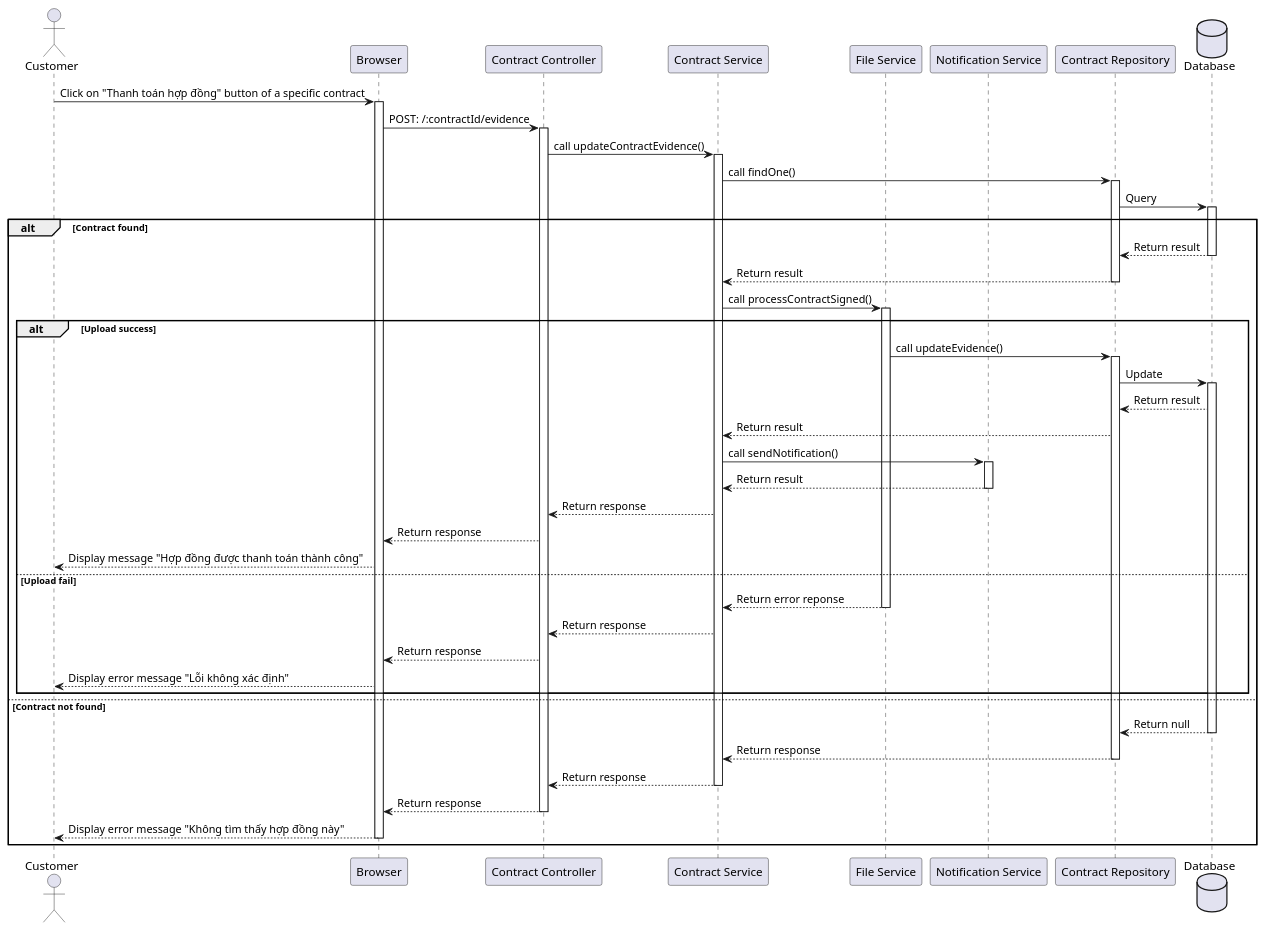
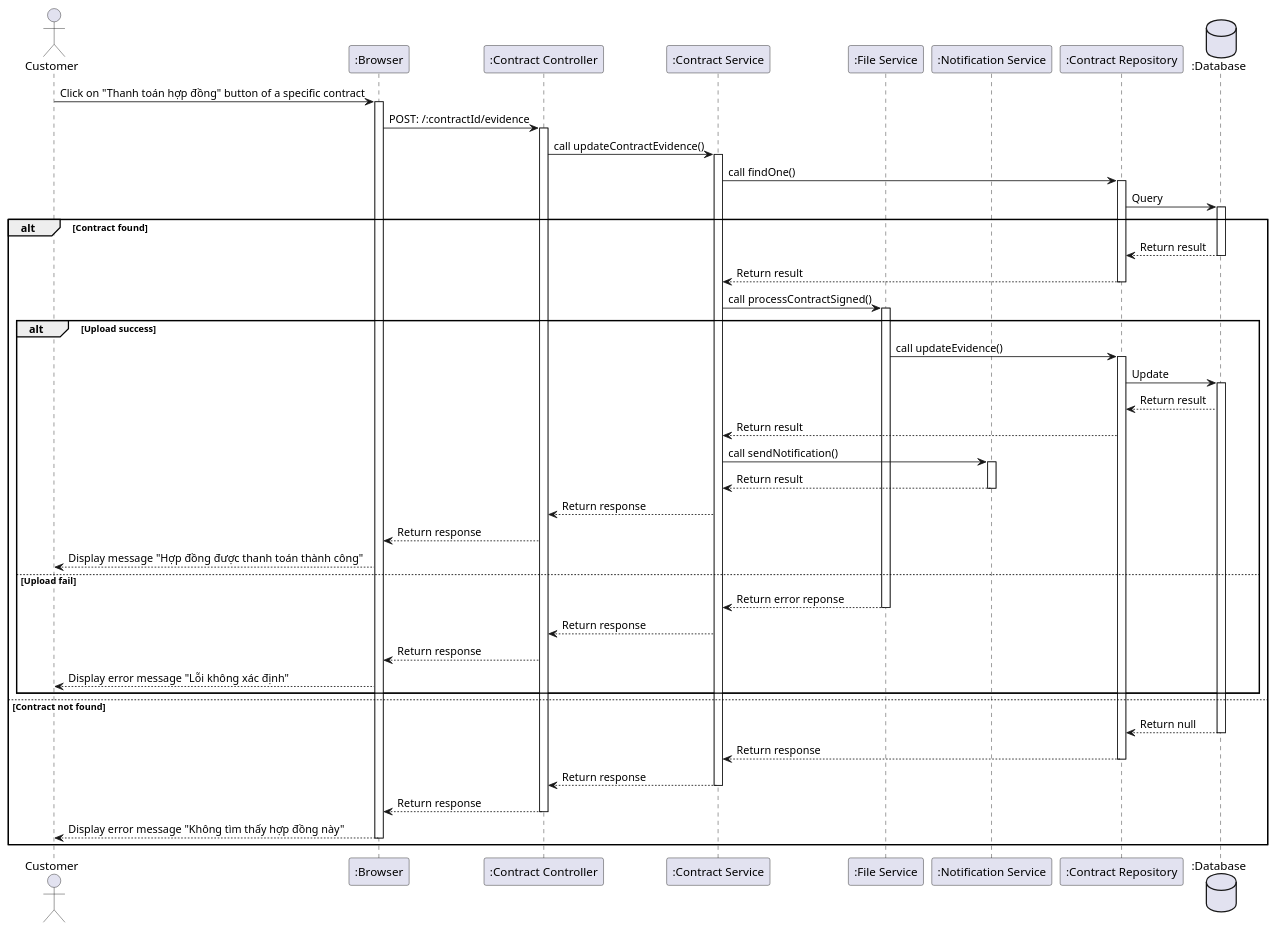
Before and after one commit to ngthanhtuung/ema-server: the diagram in docs/customer/updatePaymentEvidence.plantuml, drawn with PlantUML. The commit also changed 34 other files, not shown here.

```diff
--- a/docs/customer/updatePaymentEvidence.plantuml
+++ b/docs/customer/updatePaymentEvidence.plantuml
@@ -1,43 +1,43 @@
 @startuml
 actor Customer as A
-participant "Browser" as B
-participant "Contract Controller" as C
-participant "Contract Service" as D
-participant "File Service" as E
-participant "Notification Service" as F
-participant "Contract Repository" as G
-database "Database" as H
+participant ":Browser" as B
+participant ":Contract Controller" as C
+participant ":Contract Service" as D
+participant ":File Service" as E
+participant ":Notification Service" as F
+participant ":Contract Repository" as G
+database ":Database" as H
 
 A -> B++: Click on "Thanh toán hợp đồng" button of a specific contract
 B -> C++: POST: /:contractId/evidence
 C -> D++: call updateContractEvidence()
 D -> G++: call findOne()
 G -> H++: Query
 alt Contract found
     H --> G--: Return result
     G --> D--: Return result
     D -> E++: call processContractSigned()
     alt Upload success
         E -> G++: call updateEvidence()
         G -> H++: Update
         H --> G: Return result
         G --> D: Return result
         D -> F++: call sendNotification()
         F --> D--: Return result
         D --> C: Return response
         C --> B: Return response
         B --> A: Display message "Hợp đồng được thanh toán thành công"
     else Upload fail
         E --> D--: Return error reponse
         D --> C: Return response
         C --> B: Return response
         B --> A: Display error message "Lỗi không xác định"
     end
 else Contract not found
     H --> G--: Return null
     G --> D--: Return response
     D --> C--: Return response
     C --> B--: Return response
     B --> A--: Display error message "Không tìm thấy hợp đồng này"
 end
 @enduml
```
